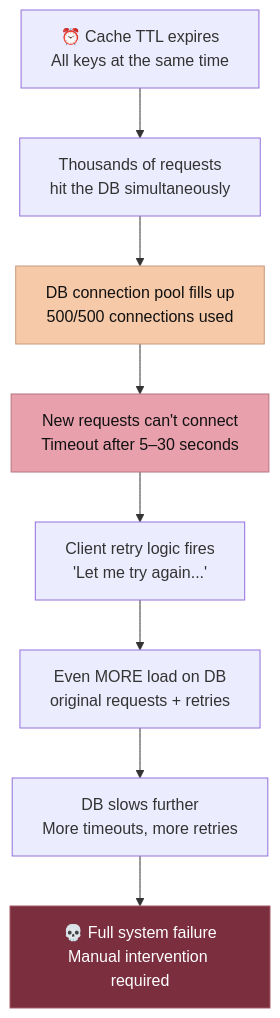
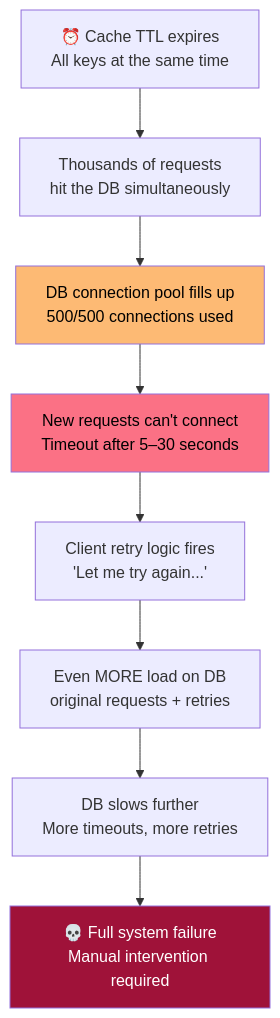
Before and after one commit to g-savitha/gsavitha.in: the fourth of 9 diagrams in src/content/blog/thundering-herd.md, drawn with Mermaid. The commit also changed other lines of this file and 6 other files, not shown here.

Commit message:
Mermaid: restore the original hand-picked palette (AA nudges, rose instead of bright red)

````diff
--- a/src/content/blog/thundering-herd.md
+++ b/src/content/blog/thundering-herd.md
@@ -145,14 +145,14 @@
 ```mermaid
 flowchart TD
     A["⏰ Cache TTL expires\nAll keys at the same time"] --> B["Thousands of requests\nhit the DB simultaneously"]
     B --> C["DB connection pool fills up\n500/500 connections used"]
     C --> D["New requests can't connect\nTimeout after 5–30 seconds"]
     D --> E["Client retry logic fires\n'Let me try again...'"]
     E --> F["Even MORE load on DB\noriginal requests + retries"]
     F --> G["DB slows further\nMore timeouts, more retries"]
     G --> H["💀 Full system failure\nManual intervention required"]
 
-    style C fill:#f6c9a8,stroke:#c99a7a,color:#111111
-    style D fill:#e8a0ad,stroke:#b8737f,color:#111111
-    style H fill:#7a2e3e,stroke:#a85a6a,color:#ffffff
+    style C fill:#fdba74,color:#000
+    style D fill:#fb7185,color:#000
+    style H fill:#9f1239,color:#fff
 ```
````
